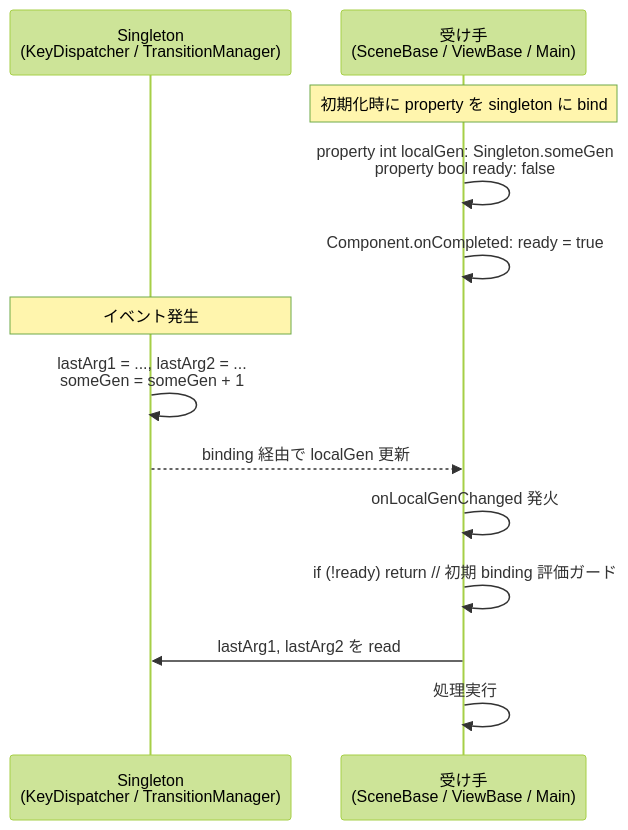
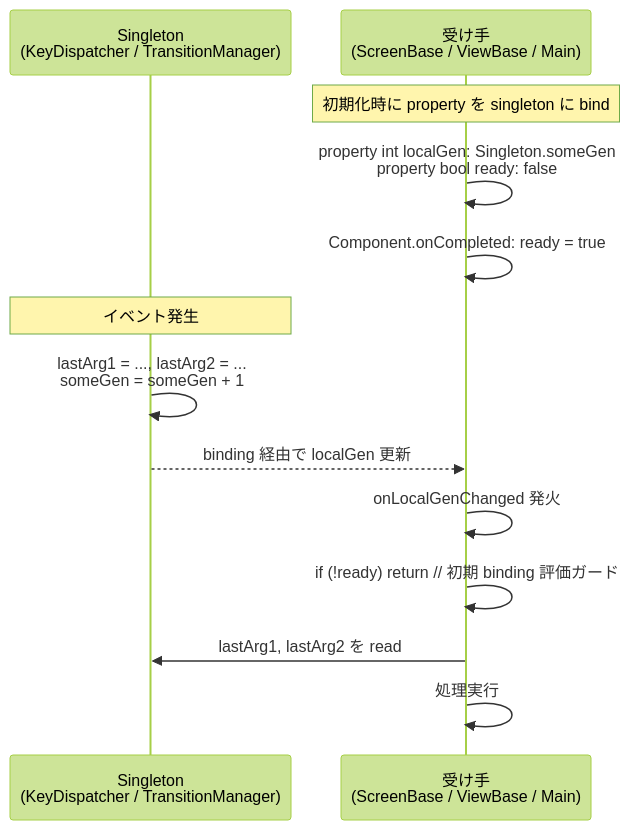
Before and after one commit to yuya-kadono/qul-loader-navigation-poc: the tenth of 11 diagrams in docs/flows.md, drawn with Mermaid (forest theme). The commit also changed other lines of this file and 40 other files, not shown here.

````diff
--- a/docs/flows.md
+++ b/docs/flows.md
@@ -324,18 +331,18 @@
 ```mermaid
 sequenceDiagram
     participant Sender as Singleton<br>(KeyDispatcher / TransitionManager)
-    participant Recv as 受け手<br>(SceneBase / ViewBase / Main)
+    participant Recv as 受け手<br>(ScreenBase / ViewBase / Main)
 
     Note over Recv: 初期化時に property を singleton に bind
     Recv->>Recv: property int localGen: Singleton.someGen<br>property bool ready: false
     Recv->>Recv: Component.onCompleted: ready = true
 
     Note over Sender: イベント発生
     Sender->>Sender: lastArg1 = ..., lastArg2 = ...<br>someGen = someGen + 1
     Sender-->>Recv: binding 経由で localGen 更新
 
     Recv->>Recv: onLocalGenChanged 発火
     Recv->>Recv: if (!ready) return  // 初期 binding 評価ガード
     Recv->>Sender: lastArg1, lastArg2 を read
     Recv->>Recv: 処理実行
 ```
````
